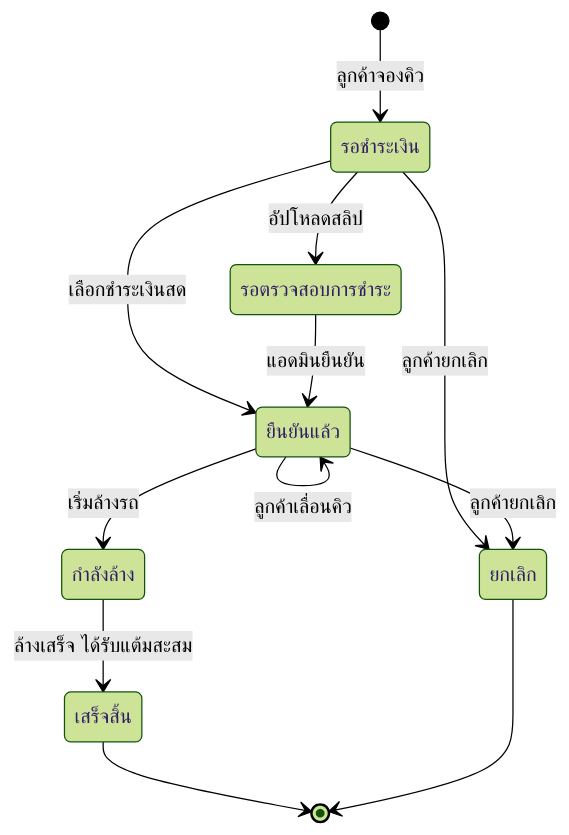
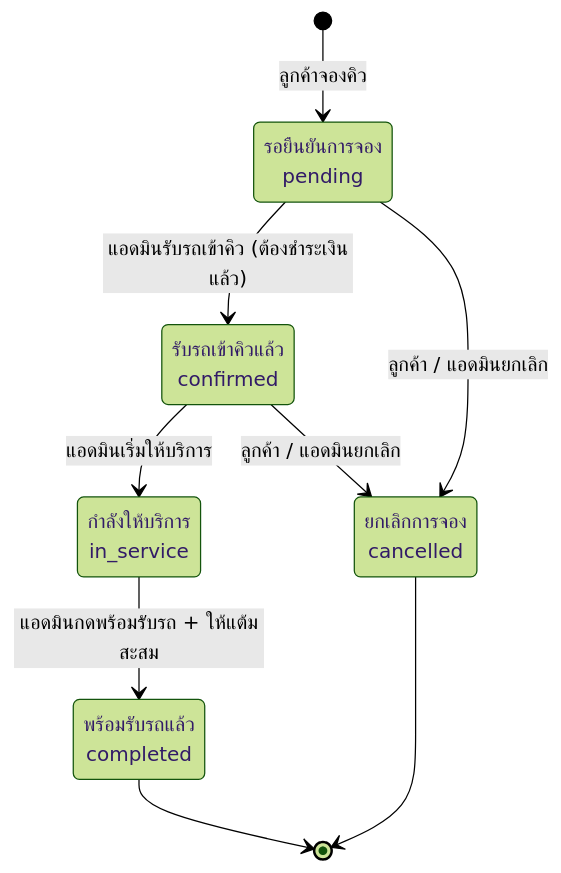
One commit to Patipan26/Group22-CarWash-Queue changed the ninth of 11 diagrams in README.md. Above: the diagram before and after it, drawn with Mermaid (forest theme). The commit also changed other lines of this file, not shown here.

````diff
--- a/README.md
+++ b/README.md
@@ -906,21 +941,17 @@
 ```mermaid
 stateDiagram-v2
-    state "รอชำระเงิน" as Pending
-    state "รอตรวจสอบการชำระ" as Verifying
-    state "ยืนยันแล้ว" as Confirmed
-    state "กำลังล้าง" as Washing
-    state "เสร็จสิ้น" as Done
-    state "ยกเลิก" as Cancelled
+    state "รอยืนยันการจอง<br/>pending" as pending
+    state "รับรถเข้าคิวแล้ว<br/>confirmed" as confirmed
+    state "กำลังให้บริการ<br/>in_service" as in_service
+    state "พร้อมรับรถแล้ว<br/>completed" as completed
+    state "ยกเลิกการจอง<br/>cancelled" as cancelled
 
-    [*] --> Pending : ลูกค้าจองคิว
-    Pending --> Verifying : อัปโหลดสลิป
-    Pending --> Confirmed : เลือกชำระเงินสด
-    Verifying --> Confirmed : แอดมินยืนยัน
-    Pending --> Cancelled : ลูกค้ายกเลิก
-    Confirmed --> Confirmed : ลูกค้าเลื่อนคิว
-    Confirmed --> Cancelled : ลูกค้ายกเลิก
-    Confirmed --> Washing : เริ่มล้างรถ
-    Washing --> Done : ล้างเสร็จ ได้รับแต้มสะสม
-    Done --> [*]
-    Cancelled --> [*]
+    [*] --> pending : ลูกค้าจองคิว
+    pending --> confirmed : แอดมินรับรถเข้าคิว (ต้องชำระเงินแล้ว)
+    confirmed --> in_service : แอดมินเริ่มให้บริการ
+    in_service --> completed : แอดมินกดพร้อมรับรถ + ให้แต้มสะสม
+    pending --> cancelled : ลูกค้า / แอดมินยกเลิก
+    confirmed --> cancelled : ลูกค้า / แอดมินยกเลิก
+    completed --> [*]
+    cancelled --> [*]
 ```
````
